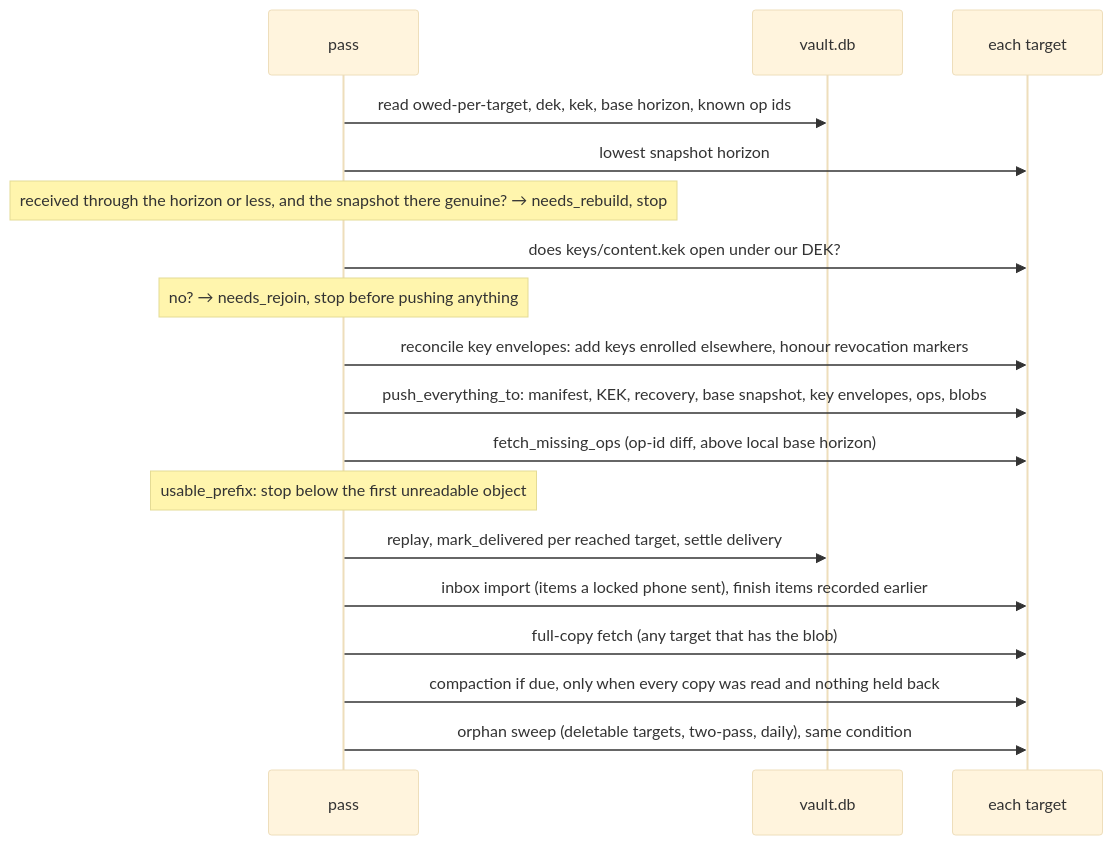
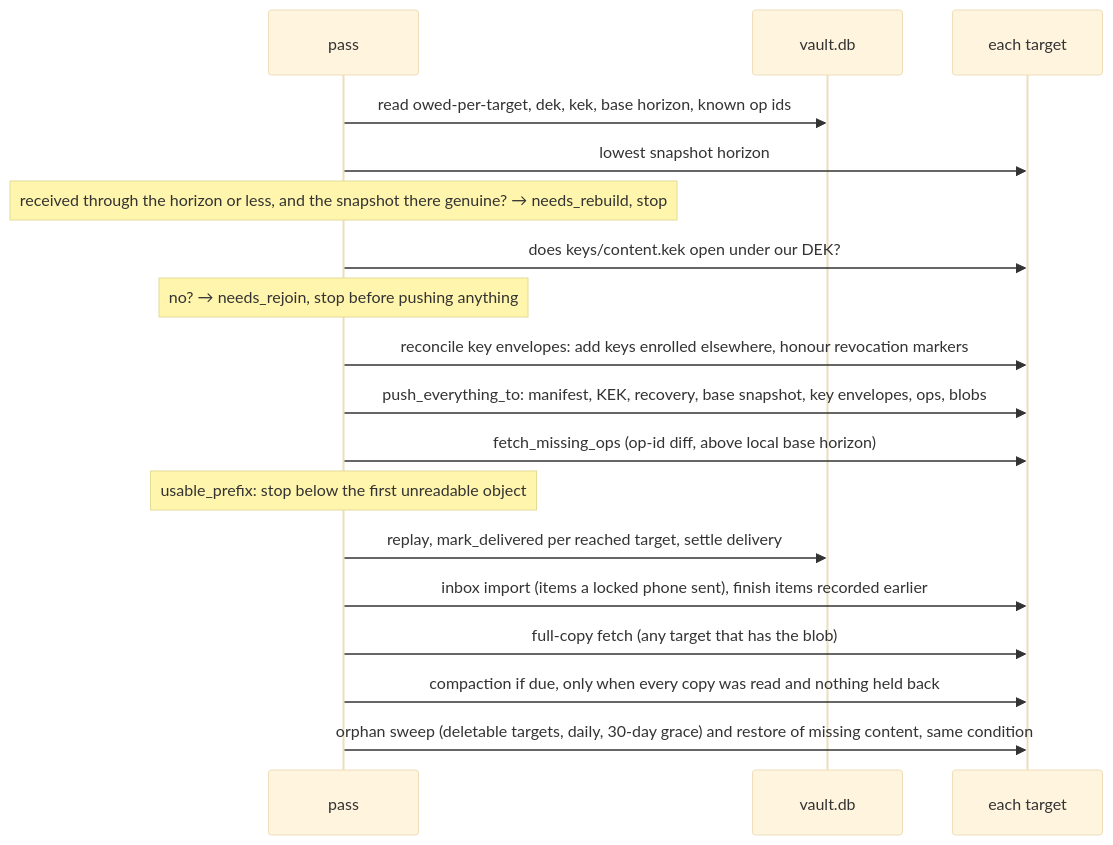
Before and after one commit to silentsilo/desktop: the second of 3 diagrams in docs/ARCHITECTURE.md, drawn with Mermaid (base theme). The commit also changed other lines of this file and 5 other files, not shown here.

First line of the commit message:
Sweep keeps content 30 days and puts back what a file points at

````diff
--- a/docs/ARCHITECTURE.md
+++ b/docs/ARCHITECTURE.md
@@ -56,20 +56,20 @@
 ```mermaid
 sequenceDiagram
     participant P as pass
     participant DB as vault.db
     participant T as each target
     P->>DB: read owed-per-target, dek, kek, base horizon, known op ids
     P->>T: lowest snapshot horizon
     Note over P: received through the horizon or less, and the snapshot there genuine? → needs_rebuild, stop
     P->>T: does keys/content.kek open under our DEK?
     Note over P: no? → needs_rejoin, stop before pushing anything
     P->>T: reconcile key envelopes: add keys enrolled elsewhere, honour revocation markers
     P->>T: push_everything_to: manifest, KEK, recovery, base snapshot, key envelopes, ops, blobs
     P->>T: fetch_missing_ops (op-id diff, above local base horizon)
     Note over P: usable_prefix: stop below the first unreadable object
     P->>DB: replay, mark_delivered per reached target, settle delivery
     P->>T: inbox import (items a locked phone sent), finish items recorded earlier
     P->>T: full-copy fetch (any target that has the blob)
     P->>T: compaction if due, only when every copy was read and nothing held back
-    P->>T: orphan sweep (deletable targets, two-pass, daily), same condition
+    P->>T: orphan sweep (deletable targets, daily, 30-day grace) and restore of missing content, same condition
 ```
````
